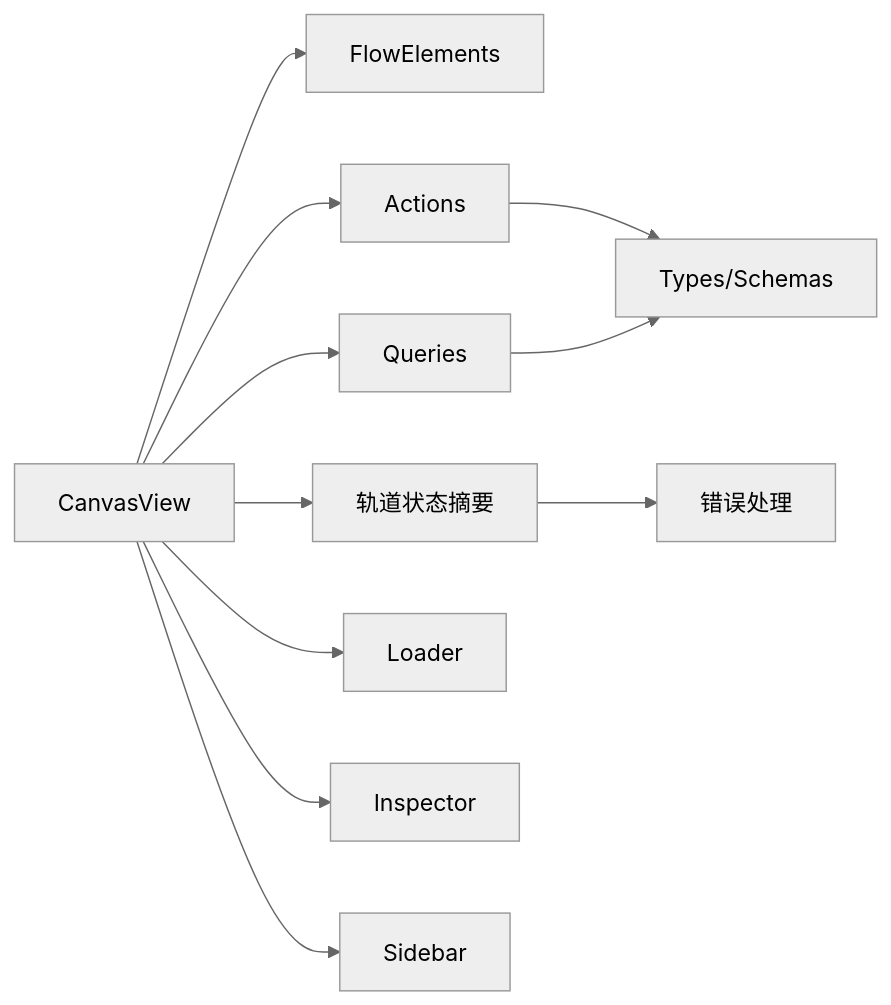
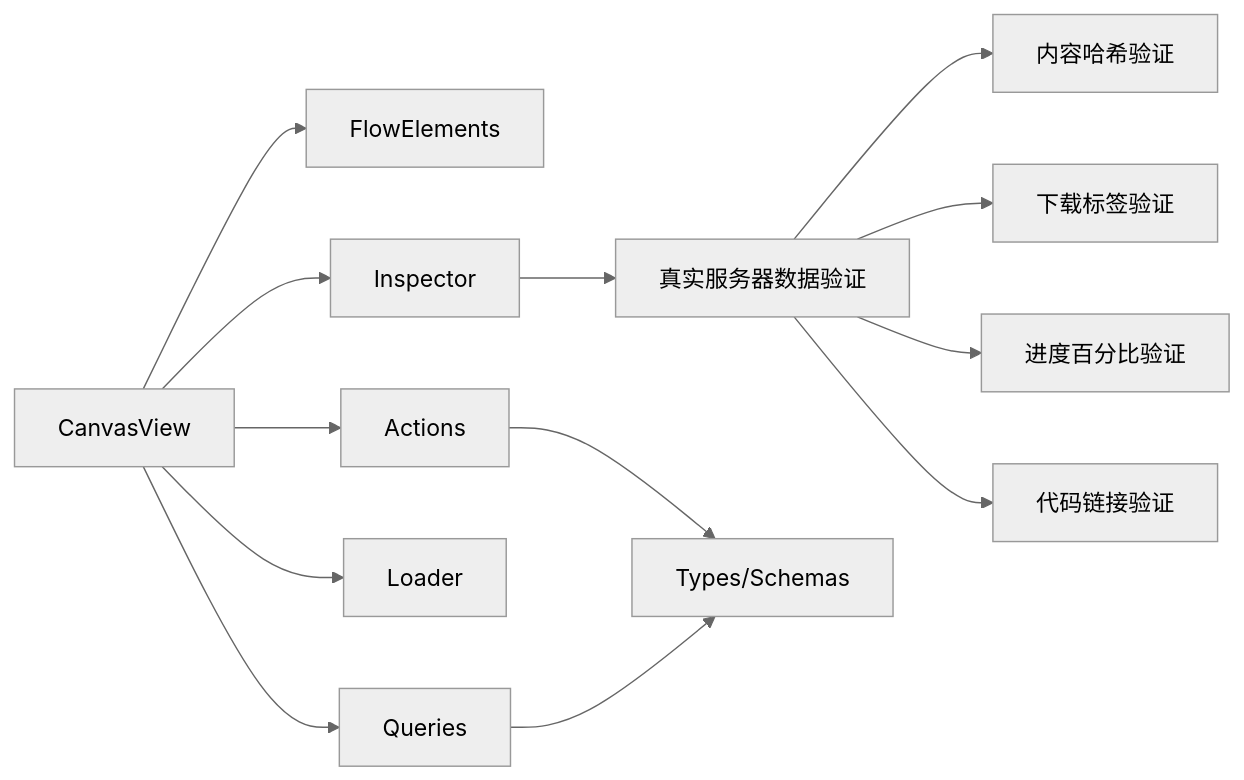
One commit to AIMFllyYS/code-video-canvas changed the third of 3 diagrams in .qoder/repowiki/zh/content/核心功能模块/画布编辑器/画布主视图.md. Above: the diagram before and after it, drawn with Mermaid (neutral theme). The commit also changed other lines of this file and 20 other files, not shown here.

````diff
--- a/.qoder/repowiki/zh/content/核心功能模块/画布编辑器/画布主视图.md
+++ b/.qoder/repowiki/zh/content/核心功能模块/画布编辑器/画布主视图.md
@@ -231,13 +217,15 @@
 ```mermaid
 graph LR
 CV["CanvasView"] --> FE["FlowElements"]
 CV --> ACT["Actions"]
 CV --> QRY["Queries"]
-CV --> TSS["轨道状态摘要"]
+CV --> LDR["Loader"]
+CV --> INS["Inspector"]
+INS --> DATA["真实服务器数据验证"]
+DATA --> HASH["内容哈希验证"]
+DATA --> TAGS["下载标签验证"]
+DATA --> PROGRESS["进度百分比验证"]
+DATA --> LINKS["代码链接验证"]
 ACT --> TYP["Types/Schemas"]
 QRY --> TYP
-CV --> LDR["Loader"]
-CV --> INS["Inspector"]
-CV --> SID["Sidebar"]
-TSS --> ERR["错误处理"]
 ```
````
